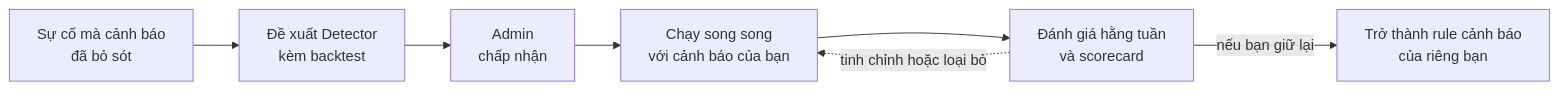
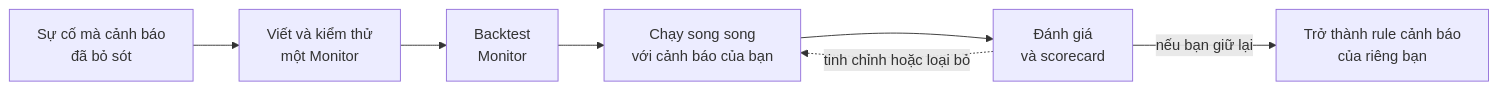
The diagram in vi/guide/incident/detectors.mdx (nhat-tranvan/docs), drawn with Mermaid before and after one commit. The commit also changed other lines of this file and 895 other files, not shown here.

````diff
--- a/vi/guide/incident/detectors.mdx
+++ b/vi/guide/incident/detectors.mdx
@@ -81,9 +81,9 @@
 ```mermaid
 flowchart LR
-    A[Sự cố mà cảnh báo<br/>đã bỏ sót] --> B[Đề xuất Detector<br/>kèm backtest]
-    B --> C[Admin<br/>chấp nhận]
+    A[Sự cố mà cảnh báo<br/>đã bỏ sót] --> B[Viết và kiểm thử<br/>một Monitor]
+    B --> C[Backtest<br/>Monitor]
     C --> D[Chạy song song<br/>với cảnh báo của bạn]
-    D --> E[Đánh giá hằng tuần<br/>và scorecard]
+    D --> E[Đánh giá<br/>và scorecard]
     E -->|nếu bạn giữ lại| F[Trở thành rule cảnh báo<br/>của riêng bạn]
     E -. tinh chỉnh hoặc loại bỏ .-> D
 ```
````
